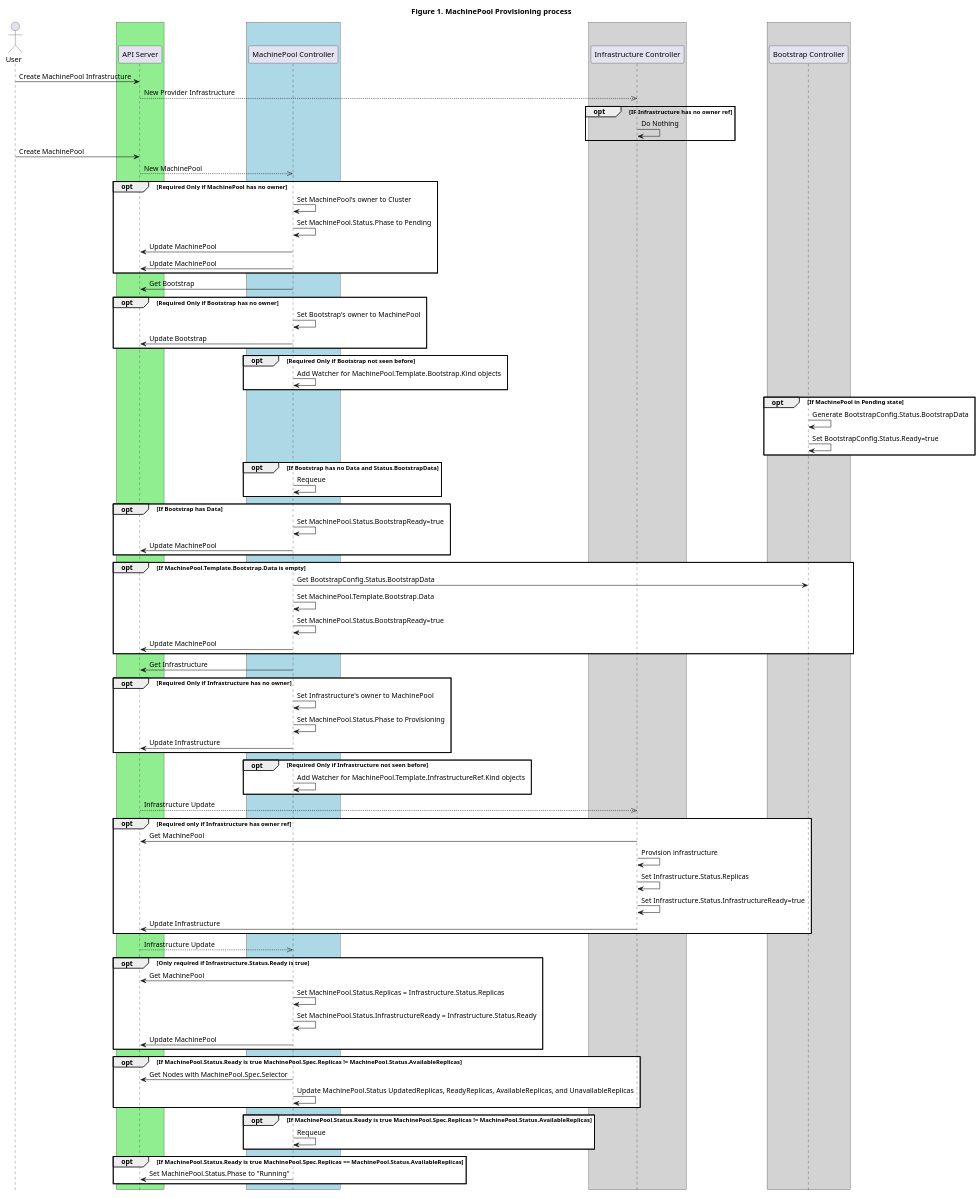
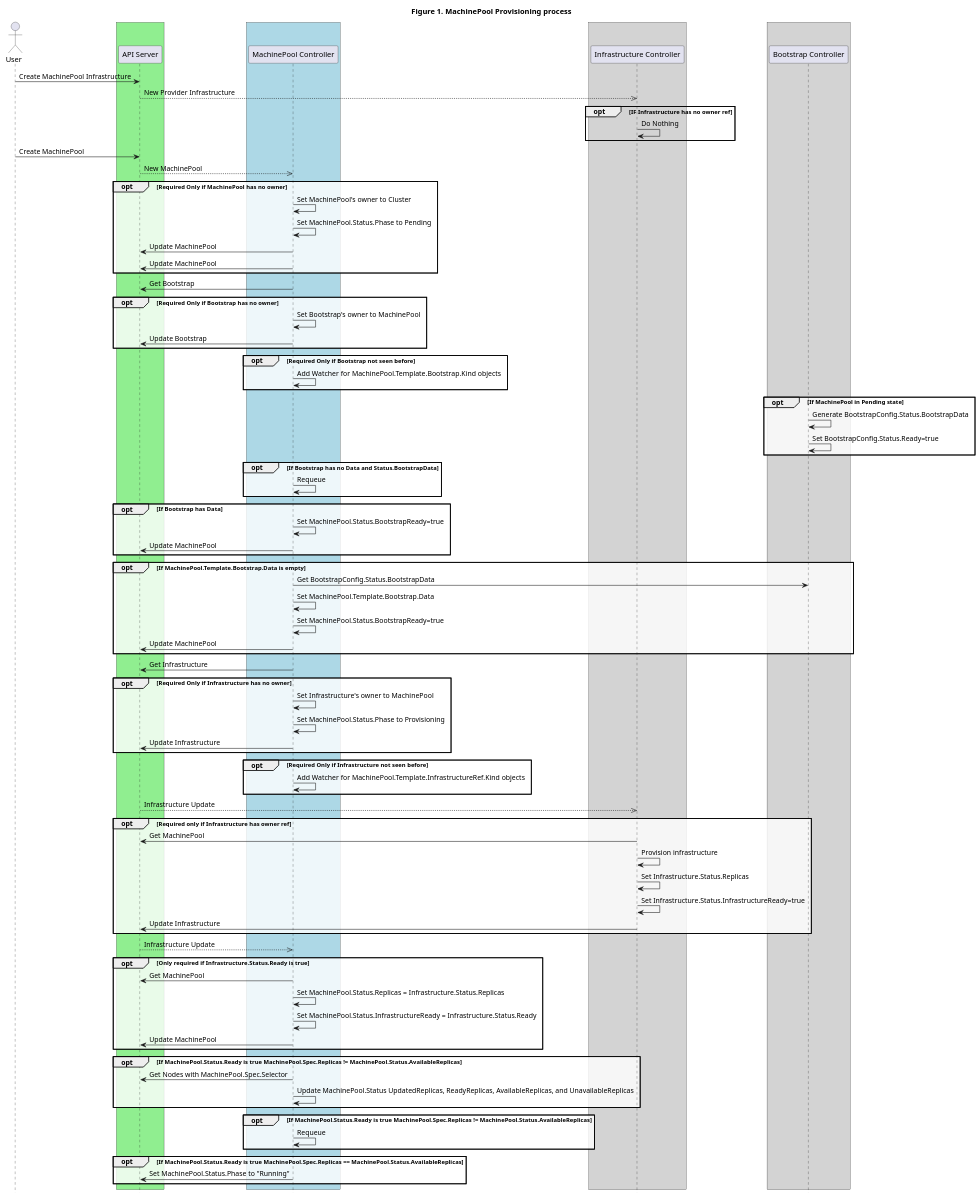
The diagram in docs/proposals/images/machinepool-api/figure1.plantuml (kubernetes-sigs/cluster-api), drawn with PlantUML before and after one commit. The commit also changed 27 other files, not shown here.

Commit message:
Add PlantUML diagram transparency for book and proposals

```diff
--- a/docs/proposals/images/machinepool-api/figure1.plantuml
+++ b/docs/proposals/images/machinepool-api/figure1.plantuml
@@ -1,111 +1,111 @@
 @startuml
 title Figure 1. MachinePool Provisioning process
 actor User
 
 ' -- GROUPS START ---
 
 box #LightGreen
 participant "API Server"
 end box
 
 box #LightBlue
 participant "MachinePool Controller"
 end box
 
 box #LightGrey
 participant "Infrastructure Controller"
 end box
 
 box #LightGrey
 participant "Bootstrap Controller"
 end box
 
 ' -- GROUPS END ---
 
 User -> "API Server" : Create MachinePool Infrastructure
 "API Server" -->> "Infrastructure Controller": New Provider Infrastructure
 opt IF Infrastructure has no owner ref
 "Infrastructure Controller"->"Infrastructure Controller": Do Nothing
 end
 
 User -> "API Server": Create MachinePool
 "API Server" -->> "MachinePool Controller": New MachinePool
-opt #white Required Only if MachinePool has no owner
+opt #FFFFFFCC Required Only if MachinePool has no owner
 "MachinePool Controller" -> "MachinePool Controller": Set MachinePool's owner to Cluster
 "MachinePool Controller" -> "MachinePool Controller": Set MachinePool.Status.Phase to Pending
 "MachinePool Controller" -> "API Server": Update MachinePool
 "MachinePool Controller" -> "API Server": Update MachinePool
 end
 
 "MachinePool Controller" -> "API Server": Get Bootstrap
-opt #white Required Only if Bootstrap has no owner
+opt #FFFFFFCC Required Only if Bootstrap has no owner
 "MachinePool Controller" -> "MachinePool Controller": Set Bootstrap's owner to MachinePool
 "MachinePool Controller" -> "API Server": Update Bootstrap
 end
-opt #white Required Only if Bootstrap not seen before
+opt #FFFFFFCC Required Only if Bootstrap not seen before
 "MachinePool Controller" -> "MachinePool Controller": Add Watcher for MachinePool.Template.Bootstrap.Kind objects
 end
 
-opt #white If MachinePool in Pending state
+opt #FFFFFFCC If MachinePool in Pending state
 "Bootstrap Controller"->"Bootstrap Controller": Generate BootstrapConfig.Status.BootstrapData
 "Bootstrap Controller"->"Bootstrap Controller": Set BootstrapConfig.Status.Ready=true
 end
 
-opt #white If Bootstrap has no Data and Status.BootstrapData
+opt #FFFFFFCC If Bootstrap has no Data and Status.BootstrapData
 "MachinePool Controller"->"MachinePool Controller": Requeue
 end
 
-opt #white If Bootstrap has Data
+opt #FFFFFFCC If Bootstrap has Data
 "MachinePool Controller" -> "MachinePool Controller": Set MachinePool.Status.BootstrapReady=true
 "MachinePool Controller" -> "API Server": Update MachinePool
 end
 
-opt #white If MachinePool.Template.Bootstrap.Data is empty
+opt #FFFFFFCC If MachinePool.Template.Bootstrap.Data is empty
 "MachinePool Controller" -> "Bootstrap Controller": Get BootstrapConfig.Status.BootstrapData
 "MachinePool Controller" -> "MachinePool Controller": Set MachinePool.Template.Bootstrap.Data
 "MachinePool Controller" -> "MachinePool Controller": Set MachinePool.Status.BootstrapReady=true
 "MachinePool Controller" -> "API Server": Update MachinePool
 end
 
 "MachinePool Controller" -> "API Server": Get Infrastructure
-opt #white Required Only if Infrastructure has no owner
+opt #FFFFFFCC Required Only if Infrastructure has no owner
 "MachinePool Controller" -> "MachinePool Controller": Set Infrastructure's owner to MachinePool
 "MachinePool Controller" -> "MachinePool Controller": Set MachinePool.Status.Phase to Provisioning
 "MachinePool Controller" -> "API Server": Update Infrastructure
 end
-opt #white Required Only if Infrastructure not seen before
+opt #FFFFFFCC Required Only if Infrastructure not seen before
 "MachinePool Controller" -> "MachinePool Controller": Add Watcher for MachinePool.Template.InfrastructureRef.Kind objects
 end
 
 "API Server" -->> "Infrastructure Controller": Infrastructure Update
-opt #white Required only if Infrastructure has owner ref
+opt #FFFFFFCC Required only if Infrastructure has owner ref
 "Infrastructure Controller" -> "API Server": Get MachinePool
 "Infrastructure Controller" -> "Infrastructure Controller": Provision infrastructure
 "Infrastructure Controller" -> "Infrastructure Controller": Set Infrastructure.Status.Replicas
 "Infrastructure Controller" -> "Infrastructure Controller": Set Infrastructure.Status.InfrastructureReady=true
 "Infrastructure Controller" -> "API Server": Update Infrastructure
 end
 
 "API Server" -->> "MachinePool Controller": Infrastructure Update
-opt #white Only required if Infrastructure.Status.Ready is true
+opt #FFFFFFCC Only required if Infrastructure.Status.Ready is true
 "MachinePool Controller" -> "API Server": Get MachinePool
 "MachinePool Controller" -> "MachinePool Controller": Set MachinePool.Status.Replicas = Infrastructure.Status.Replicas
 "MachinePool Controller" -> "MachinePool Controller": Set MachinePool.Status.InfrastructureReady = Infrastructure.Status.Ready
 "MachinePool Controller" -> "API Server": Update MachinePool
 end
 
-opt #white If MachinePool.Status.Ready is true MachinePool.Spec.Replicas != MachinePool.Status.AvailableReplicas
+opt #FFFFFFCC If MachinePool.Status.Ready is true MachinePool.Spec.Replicas != MachinePool.Status.AvailableReplicas
 "MachinePool Controller" -> "API Server": Get Nodes with MachinePool.Spec.Selector
 "MachinePool Controller" -> "MachinePool Controller": Update MachinePool.Status UpdatedReplicas, ReadyReplicas, AvailableReplicas, and UnavailableReplicas
 end
 
-opt #white If MachinePool.Status.Ready is true MachinePool.Spec.Replicas != MachinePool.Status.AvailableReplicas
+opt #FFFFFFCC If MachinePool.Status.Ready is true MachinePool.Spec.Replicas != MachinePool.Status.AvailableReplicas
 "MachinePool Controller"->"MachinePool Controller": Requeue
 end
 
-opt #white If MachinePool.Status.Ready is true MachinePool.Spec.Replicas == MachinePool.Status.AvailableReplicas
+opt #FFFFFFCC If MachinePool.Status.Ready is true MachinePool.Spec.Replicas == MachinePool.Status.AvailableReplicas
 "MachinePool Controller"->"API Server": Set MachinePool.Status.Phase to "Running"
 end
 
 hide footbox
 @enduml
```
